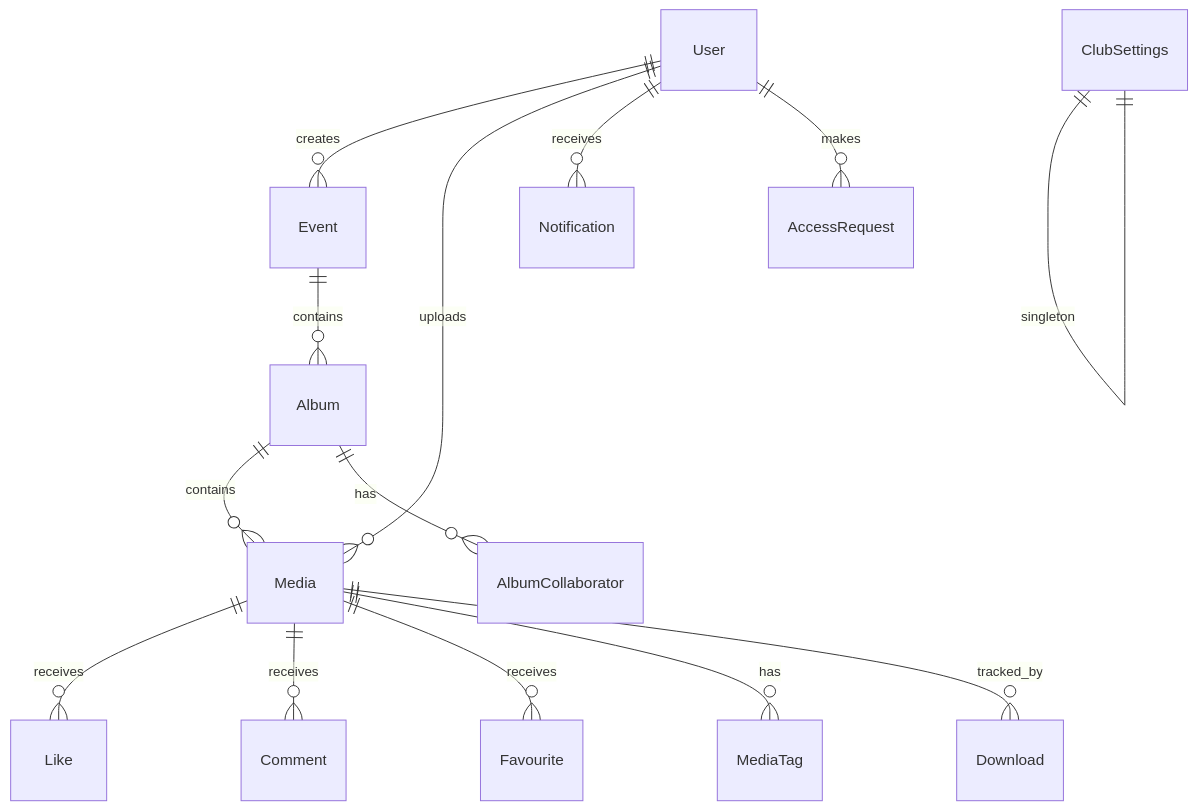
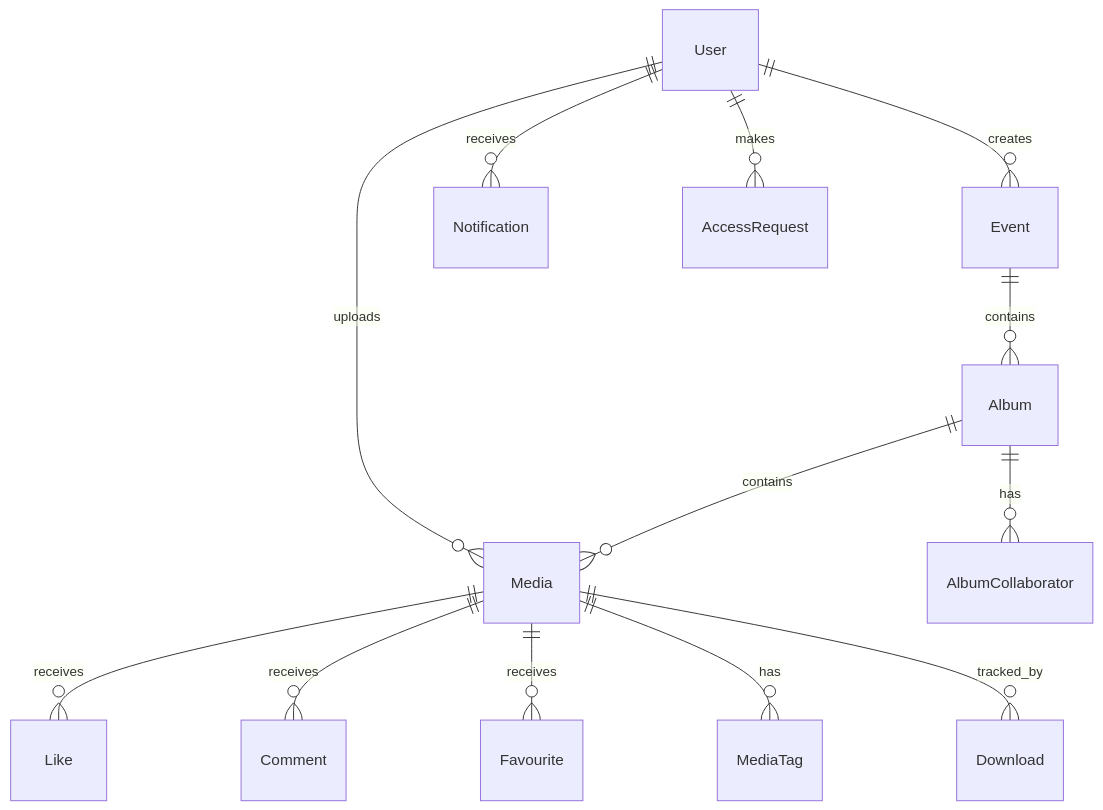
One commit to Ruthwik2/event-media-platform changed the fourth of 4 diagrams in docs/ARCHITECTURE.md. Above: the diagram before and after it, drawn with Mermaid. The commit also changed other lines of this file and 1 other file, not shown here.

Commit message:
architecture and readme files edited

````diff
--- a/docs/ARCHITECTURE.md
+++ b/docs/ARCHITECTURE.md
@@ -118,16 +118,15 @@
 ```mermaid
 erDiagram
     User ||--o{ Event : creates
     Event ||--o{ Album : contains
     Album ||--o{ Media : contains
     Album ||--o{ AlbumCollaborator : has
     User ||--o{ Media : uploads
     Media ||--o{ Like : receives
     Media ||--o{ Comment : receives
     Media ||--o{ Favourite : receives
     Media ||--o{ MediaTag : has
     Media ||--o{ Download : tracked_by
     User ||--o{ Notification : receives
     User ||--o{ AccessRequest : makes
-    ClubSettings ||--|| ClubSettings : singleton
 ```
````
